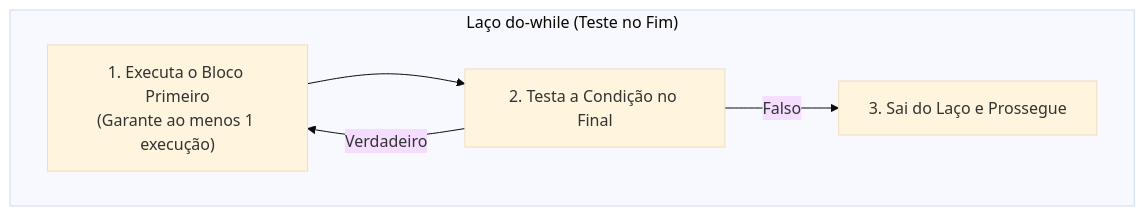
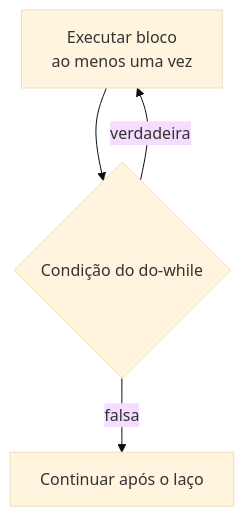
One commit to leorruas/puc changed the third of 3 diagrams in 00. Sintaxe Multilinguagem/03. Estruturas de repetição (while, for, do-while).md. Above: the diagram before and after it, drawn with Mermaid (base theme). The commit also changed other lines of this file, not shown here.

Commit message:
Normaliza Mermaid de estruturas de repetição

````diff
--- a/00. Sintaxe Multilinguagem/03. Estruturas de repetição (while, for, do-while).md
+++ b/00. Sintaxe Multilinguagem/03. Estruturas de repetição (while, for, do-while).md
@@ -132,12 +128,10 @@
 ```mermaid
 flowchart TD
-    subgraph FluxoDoWhile ["Laço do-while (Teste no Fim)"]
-        Corpo["1. Executa o Bloco Primeiro<br>(Garante ao menos 1 execução)"]
-        Cond["2. Testa a Condição no Final"]
-        Fim["3. Sai do Laço e Prossegue"]
+    Corpo["Executar bloco<br>ao menos uma vez"]:::component
+    Condicao{"Condição do do-while"}:::core
+    Fim["Continuar após o laço"]:::data
 
-        Corpo --> Cond
-        Cond -->|Verdadeiro| Corpo
-        Cond -->|Falso| Fim
-    end
+    Corpo --> Condicao
+    Condicao -->|"verdadeira"| Corpo
+    Condicao -->|"falsa"| Fim
 ```
````
